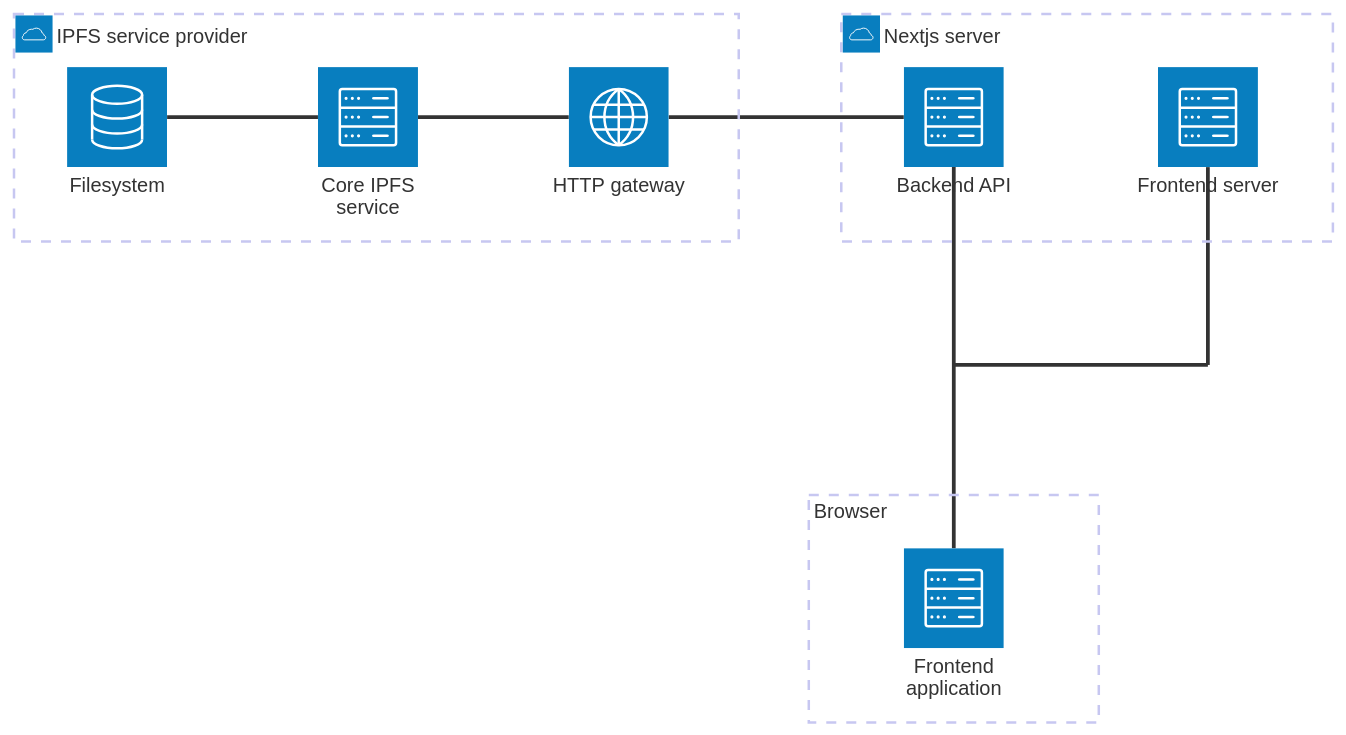
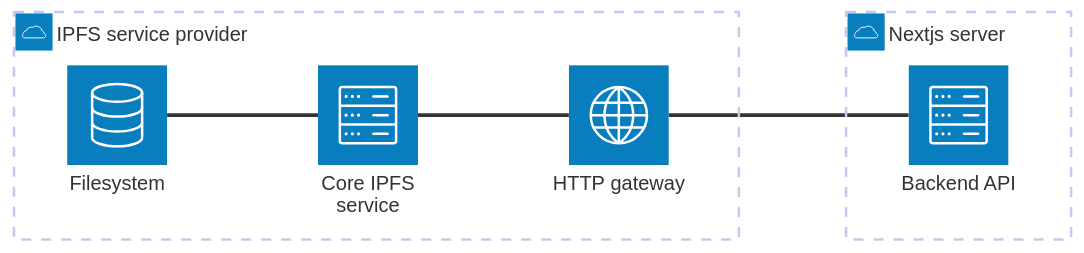
The first of 2 diagrams in docs/architecture.md (WingRiders/nft-forge), drawn with Mermaid before and after one commit.

Commit message:
Remove FE components from the architecture
(FE architecture will be added later)

````diff
--- a/docs/architecture.md
+++ b/docs/architecture.md
@@ -23,26 +23,15 @@
 ```mermaid
 architecture-beta
     group next_server(cloud)[Nextjs server]
     service be(server)[Backend API] in next_server
-    service fe_server(server)[Frontend server] in next_server
 
     group ipfs_provider(cloud)[IPFS service provider]
     service ipfs_core(server)[Core IPFS service] in ipfs_provider
-  service ipfs_api(internet)[HTTP gateway] in ipfs_provider
-  service ipfs_storage(database)[Filesystem] in ipfs_provider
+    service ipfs_api(internet)[HTTP gateway] in ipfs_provider
+    service ipfs_storage(database)[Filesystem] in ipfs_provider
 
     ipfs_core:L -- R:ipfs_storage
     ipfs_core:R -- L:ipfs_api
 
-    group browser[Browser]
-    service fe_app(server)[Frontend application] in browser
-
     be:L -- R:ipfs_api
-
-    junction junction_app_l
-    junction junction_app_r
-    fe_app:T -- B:junction_app_l
-    junction_app_l:T -- B:be
-    junction_app_l:R -- L:junction_app_r
-    junction_app_r:T -- B:fe_server
 ```
````
